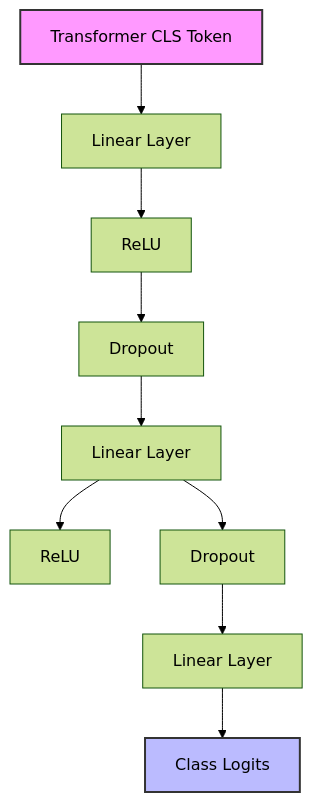
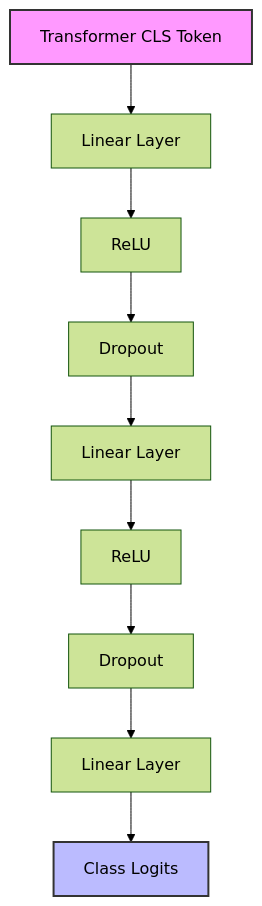
One commit to tmnestor/HF_Trainer_Classifier changed the second of 7 diagrams in README.md. Above: the diagram before and after it, drawn with Mermaid (forest theme). The commit also changed other lines of this file, not shown here.

First line of the commit message:
🔧 Fix alignment in Mermaid diagrams

````diff
--- a/README.md
+++ b/README.md
@@ -368,14 +368,14 @@
 ```mermaid
 flowchart TB
     input[Transformer CLS Token] --> fc1[Linear Layer]
     fc1 --> relu1[ReLU]
     relu1 --> drop1[Dropout]
     drop1 --> fc2[Linear Layer]
     fc2 --> relu2[ReLU]
+    relu2 --> drop2[Dropout]
     drop2 --> fc3[Linear Layer]
-    fc2 --> drop2[Dropout]
     fc3 --> output[Class Logits]
     
     style input fill:#f9f,stroke:#333,stroke-width:2px
     style output fill:#bbf,stroke:#333,stroke-width:2px
 ```
````
